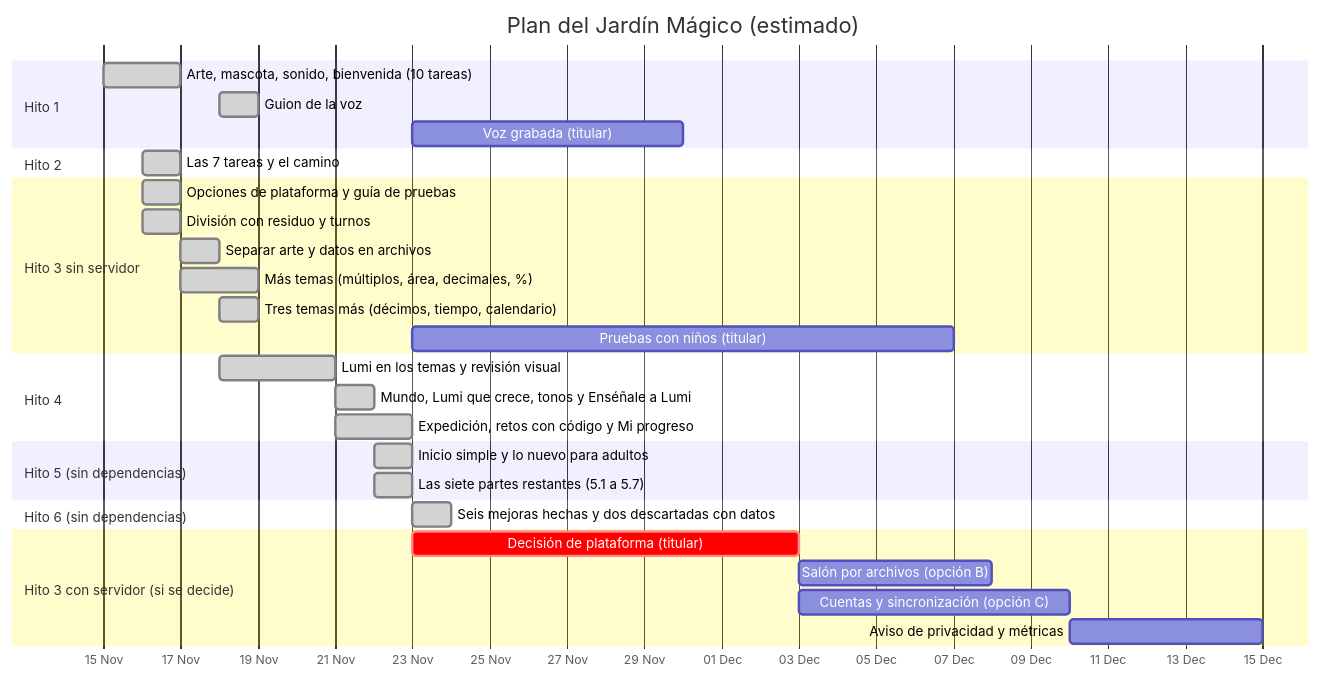
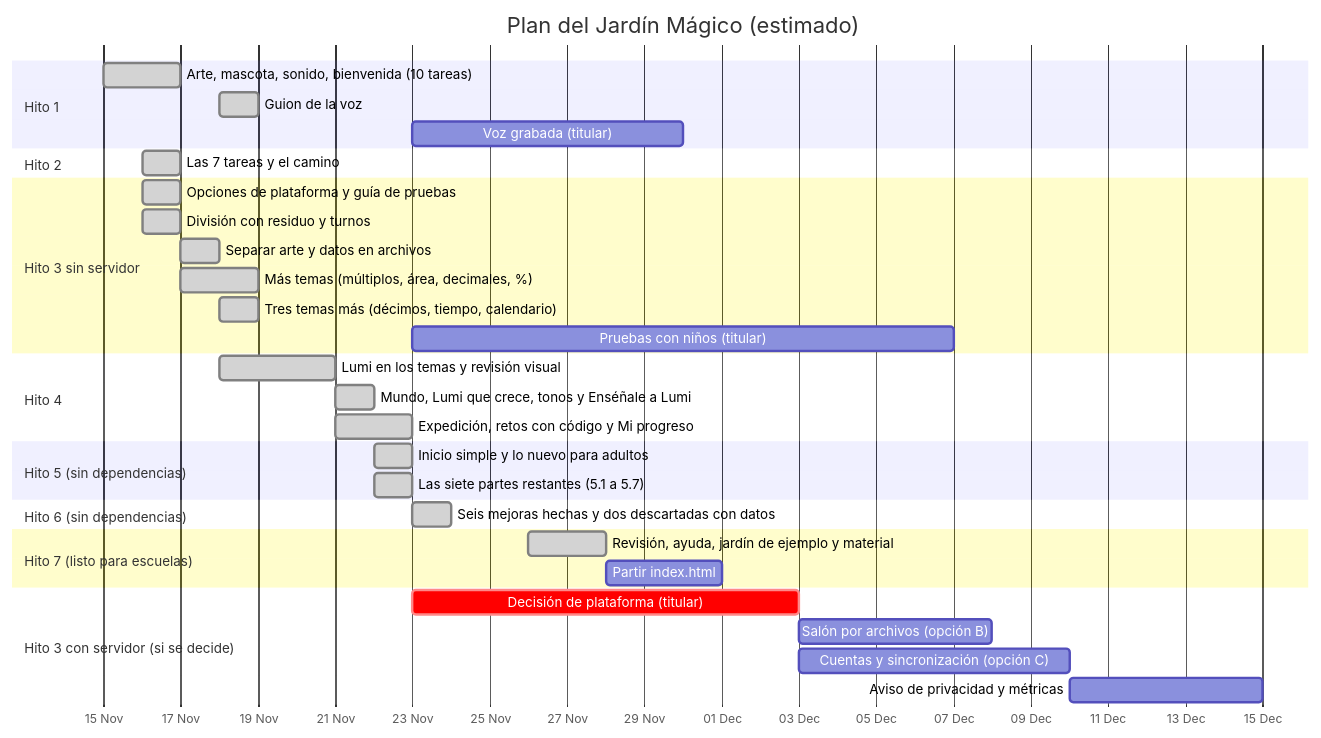
The first of 2 diagrams in docs/PLAN.md (dleon55/jardin-magico-multiplicaciones), drawn with Mermaid before and after one commit. The commit also changed other lines of this file and 9 other files, not shown here.

First line of the commit message:
Listo para escuelas: ayuda, jardín de ejemplo y toda la actividad en la vista de adultos (#153)

````diff
--- a/docs/PLAN.md
+++ b/docs/PLAN.md
@@ -173,33 +188,36 @@
 ```mermaid
 gantt
     title Plan del Jardín Mágico (estimado)
     dateFormat  YYYY-MM-DD
     axisFormat  %d %b
     section Hito 1
     Arte, mascota, sonido, bienvenida (10 tareas)  :done,    h1, 2026-11-15, 2d
     Guion de la voz                                :done,    h1g, 2026-11-18, 1d
     Voz grabada (titular)                          :         h1v, 2026-11-23, 7d
     section Hito 2
     Las 7 tareas y el camino                       :done,    h2, 2026-11-16, 1d
     section Hito 3 sin servidor
     Opciones de plataforma y guía de pruebas       :done,    h3a, 2026-11-16, 1d
     División con residuo y turnos                  :done,    h3b, 2026-11-16, 1d
     Separar arte y datos en archivos               :done,    h3s, 2026-11-17, 1d
     Más temas (múltiplos, área, decimales, %)      :done,    h3t, 2026-11-17, 2d
     Tres temas más (décimos, tiempo, calendario)   :done,    h3u, 2026-11-18, 1d
     Pruebas con niños (titular)                    :         h3n, 2026-11-23, 14d
     section Hito 4
     Lumi en los temas y revisión visual            :done,    h4a, 2026-11-18, 3d
     Mundo, Lumi que crece, tonos y Enséñale a Lumi :done,    h4b, 2026-11-21, 1d
     Expedición, retos con código y Mi progreso     :done,    h4c, 2026-11-21, 2d
     section Hito 5 (sin dependencias)
     Inicio simple y lo nuevo para adultos          :done,    h5a, 2026-11-22, 1d
     Las siete partes restantes (5.1 a 5.7)         :done,    h5b, 2026-11-22, 1d
     section Hito 6 (sin dependencias)
     Seis mejoras hechas y dos descartadas con datos :done,   h6, 2026-11-23, 1d
+    section Hito 7 (listo para escuelas)
+    Revisión, ayuda, jardín de ejemplo y material   :done,   h7, 2026-11-26, 2d
+    Partir index.html                               :         h7p, 2026-11-28, 3d
     section Hito 3 con servidor (si se decide)
     Decisión de plataforma (titular)               :crit,    h3d, 2026-11-23, 10d
     Salón por archivos (opción B)                  :         h3b2, after h3d, 5d
     Cuentas y sincronización (opción C)            :         h3e, after h3d, 7d
     Aviso de privacidad y métricas                 :         h3g, after h3e, 5d
 ```
````
